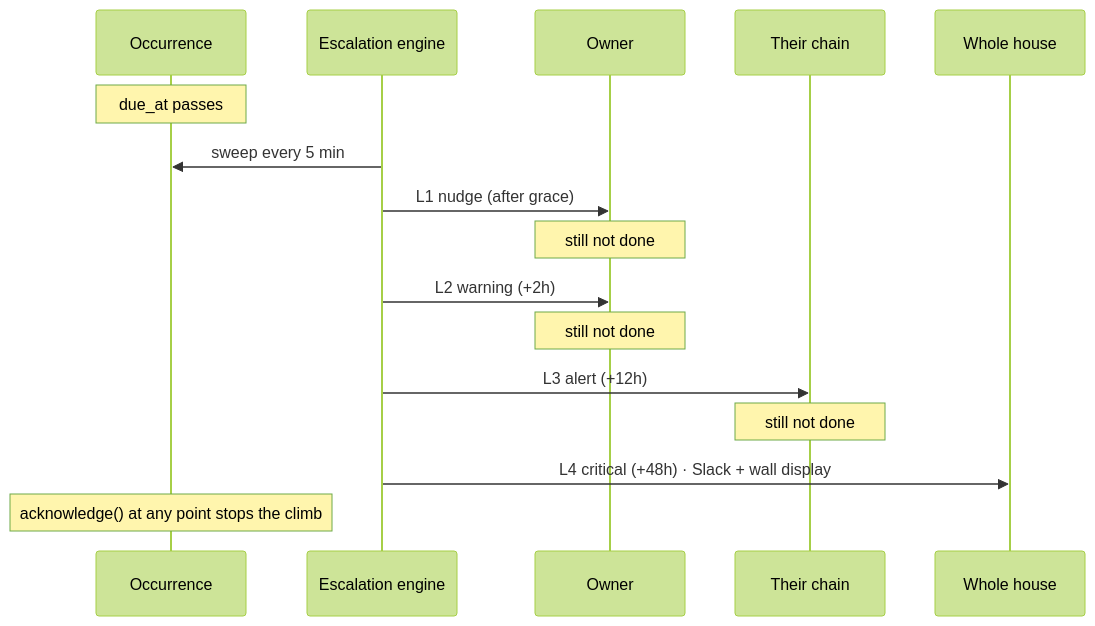
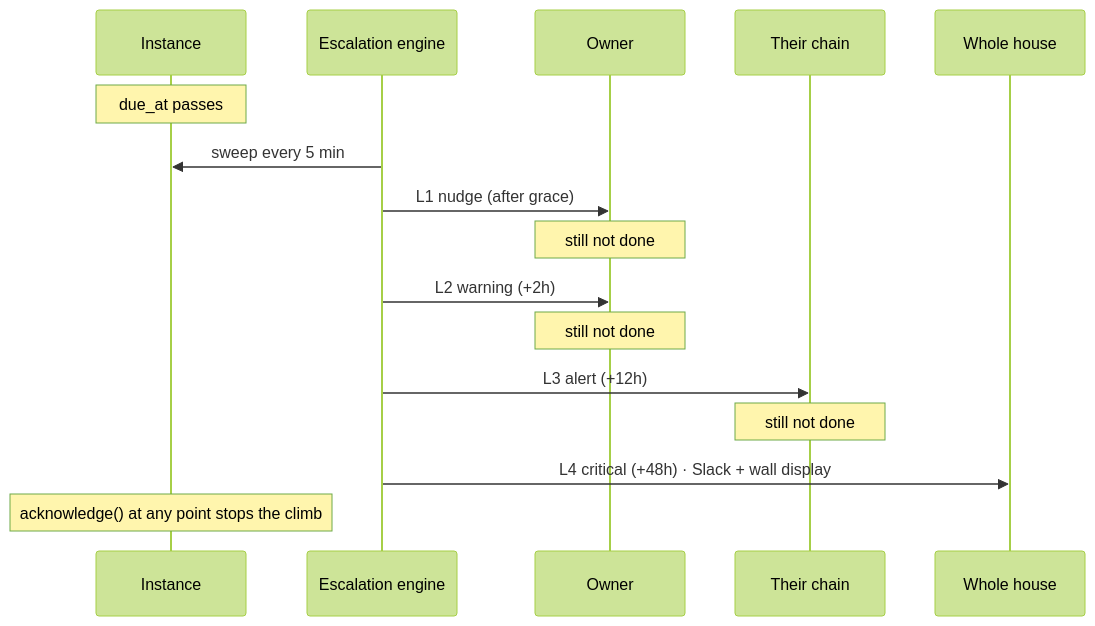
The fourth of 8 diagrams in docs/Main_App/architecture.md (nitinrameshuf/Nora_Home), drawn with Mermaid (forest theme) before and after one commit. The commit also changed other lines of this file and 11 other files, not shown here.

````diff
--- a/docs/Main_App/architecture.md
+++ b/docs/Main_App/architecture.md
@@ -163,19 +171,19 @@
 ```mermaid
 sequenceDiagram
-    participant O as Occurrence
+    participant O as Instance
     participant E as Escalation engine
     participant M as Owner
     participant C as Their chain
     participant H as Whole house
 
     Note over O: due_at passes
     E->>O: sweep every 5 min
     E->>M: L1 nudge (after grace)
     Note over M: still not done
     E->>M: L2 warning (+2h)
     Note over M: still not done
     E->>C: L3 alert (+12h)
     Note over C: still not done
     E->>H: L4 critical (+48h) · Slack + wall display
     Note over O: acknowledge() at any point stops the climb
 ```
````
